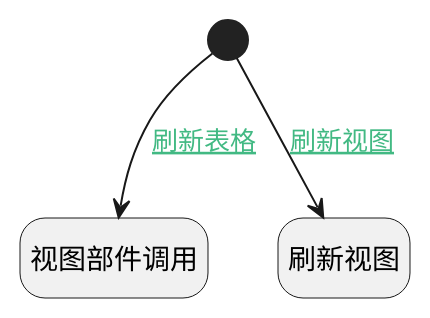
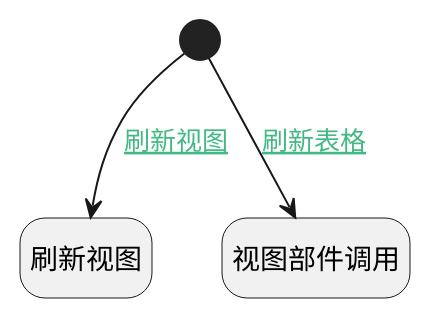
The diagram in doc/docsify/module/ProjMgmt/project/uilogic/refresh_current_grid.md (iBizLab/plm), drawn with PlantUML before and after one commit. The commit also changed other lines of this file and 1276 other files, not shown here.

````diff
--- a/doc/docsify/module/ProjMgmt/project/uilogic/refresh_current_grid.md
+++ b/doc/docsify/module/ProjMgmt/project/uilogic/refresh_current_grid.md
@@ -7,21 +7,21 @@
 ```plantuml
 @startuml
 hide footbox
 <style>
 root {
   HyperlinkColor #42b983
 }
 </style>
 
 hide empty description
 state "开始" as Begin <<start>> [[$./refresh_current_grid#begin {开始}]]
+state "刷新视图" as RAWJSCODE1  [[$./refresh_current_grid#rawjscode1 {刷新视图}]]
 state "视图部件调用" as VIEWCTRLINVOKE1  [[$./refresh_current_grid#viewctrlinvoke1 {视图部件调用}]]
-state "刷新视图" as RAWJSCODE1  [[$./refresh_current_grid#rawjscode1 {刷新视图}]]
 
 
 Begin --> VIEWCTRLINVOKE1 : [[$./refresh_current_grid#begin-viewctrlinvoke1{刷新表格} 刷新表格]]
 Begin --> RAWJSCODE1 : [[$./refresh_current_grid#begin-rawjscode1{刷新视图} 刷新视图]]
 
 
 @enduml
 ```
````
